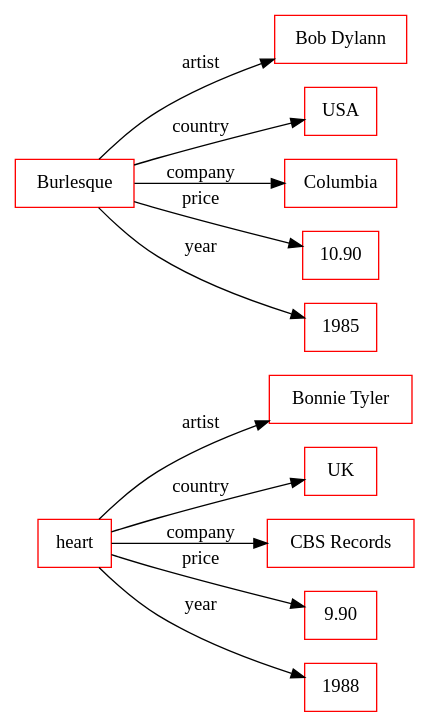
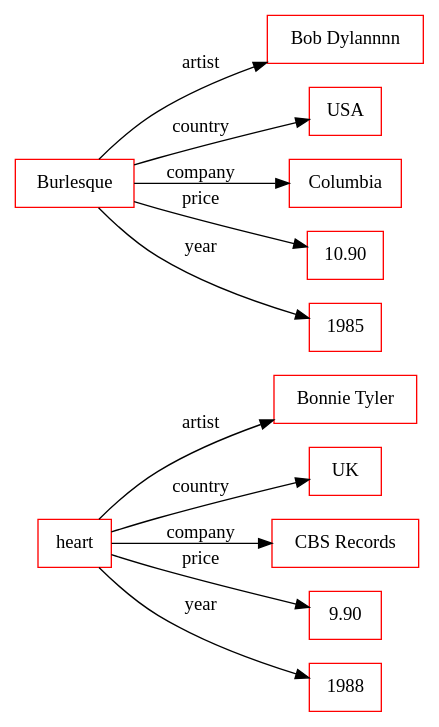
Before and after one commit to ahmad88me/target: the diagram in drawings/ar2dtool-class.conf/org/sample.rdf.png.dot, drawn with Graphviz. The commit also changed 2 other files, not shown here.

```diff
--- a/drawings/ar2dtool-class.conf/org/sample.rdf.png.dot
+++ b/drawings/ar2dtool-class.conf/org/sample.rdf.png.dot
@@ -1,16 +1,16 @@
 digraph ar2dtool_diagram { 
 rankdir=LR;
 size="1000"
-node [shape = rectangle, color="red"]; "Bonnie Tyler" "UK" "CBS Records" "9.90" "1988" "Bob Dylann" "USA" "Columbia" "10.90" "1985" ; /*literals style*/
+node [shape = rectangle, color="red"]; "Bonnie Tyler" "UK" "CBS Records" "9.90" "1988" "Bob Dylannnn" "USA" "Columbia" "10.90" "1985" ; /*literals style*/
 	"heart" -> "Bonnie Tyler" [ label = "artist" ];
 	"heart" -> "UK" [ label = "country" ];
 	"heart" -> "CBS Records" [ label = "company" ];
 	"heart" -> "9.90" [ label = "price" ];
 	"heart" -> "1988" [ label = "year" ];
-	"Burlesque" -> "Bob Dylann" [ label = "artist" ];
+	"Burlesque" -> "Bob Dylannnn" [ label = "artist" ];
 	"Burlesque" -> "USA" [ label = "country" ];
 	"Burlesque" -> "Columbia" [ label = "company" ];
 	"Burlesque" -> "10.90" [ label = "price" ];
 	"Burlesque" -> "1985" [ label = "year" ];
 
 }
```
